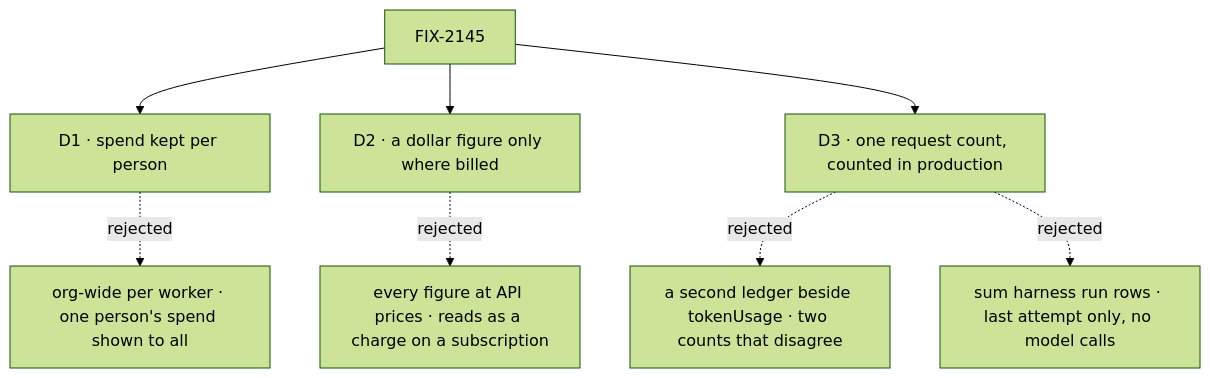
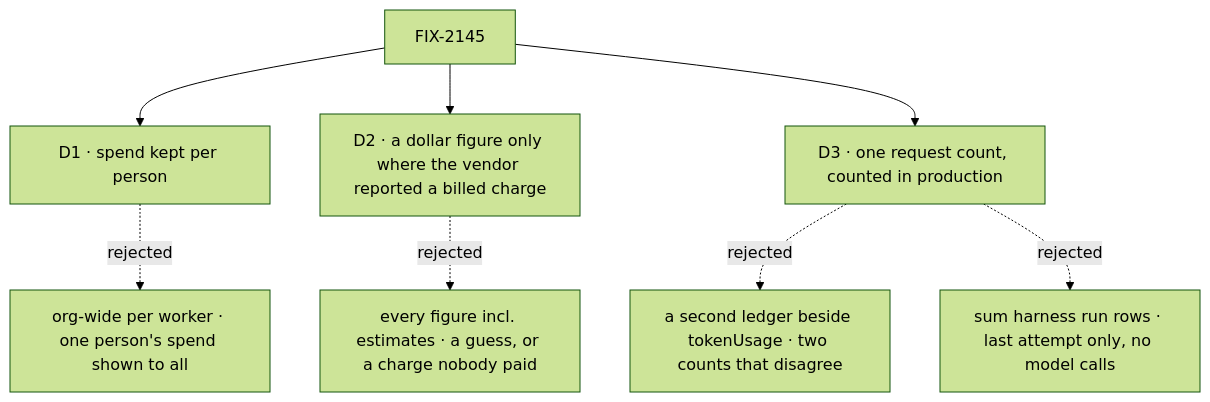
One commit to fixpoint-labs/flow-state-dev changed the diagram in specs/issues/FIX-2145/DECISIONS.md. Above: the diagram before and after it, drawn with Mermaid (forest theme). The commit also changed other lines of this file and 2 other files, not shown here.

````diff
--- a/specs/issues/FIX-2145/DECISIONS.md
+++ b/specs/issues/FIX-2145/DECISIONS.md
@@ -11,10 +11,10 @@
 ```mermaid
 flowchart TD
   I["FIX-2145"] --> D1["D1 · spend kept per person"]
   D1 -.->|"rejected"| X1["org-wide per worker · one person's spend shown to all"]
-  I --> D2["D2 · a dollar figure only where billed"]
-  D2 -.->|"rejected"| X2["every figure at API prices · reads as a charge on a subscription"]
+  I --> D2["D2 · a dollar figure only where the vendor reported a billed charge"]
+  D2 -.->|"rejected"| X2["every figure incl. estimates · a guess, or a charge nobody paid"]
   I --> D3["D3 · one request count, counted in production"]
   D3 -.->|"rejected"| X3["a second ledger beside tokenUsage · two counts that disagree"]
   D3 -.->|"rejected"| X4["sum harness run rows · last attempt only, no model calls"]
 ```
````
